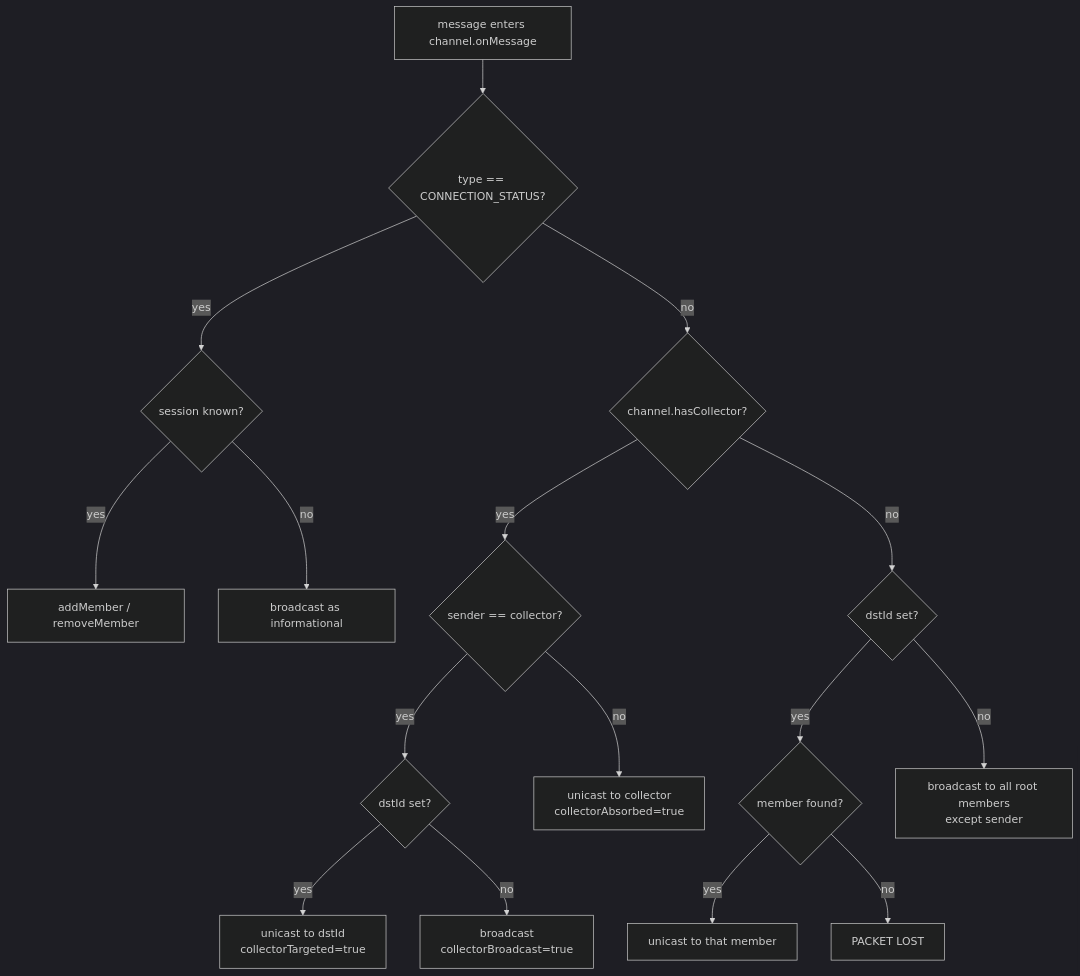
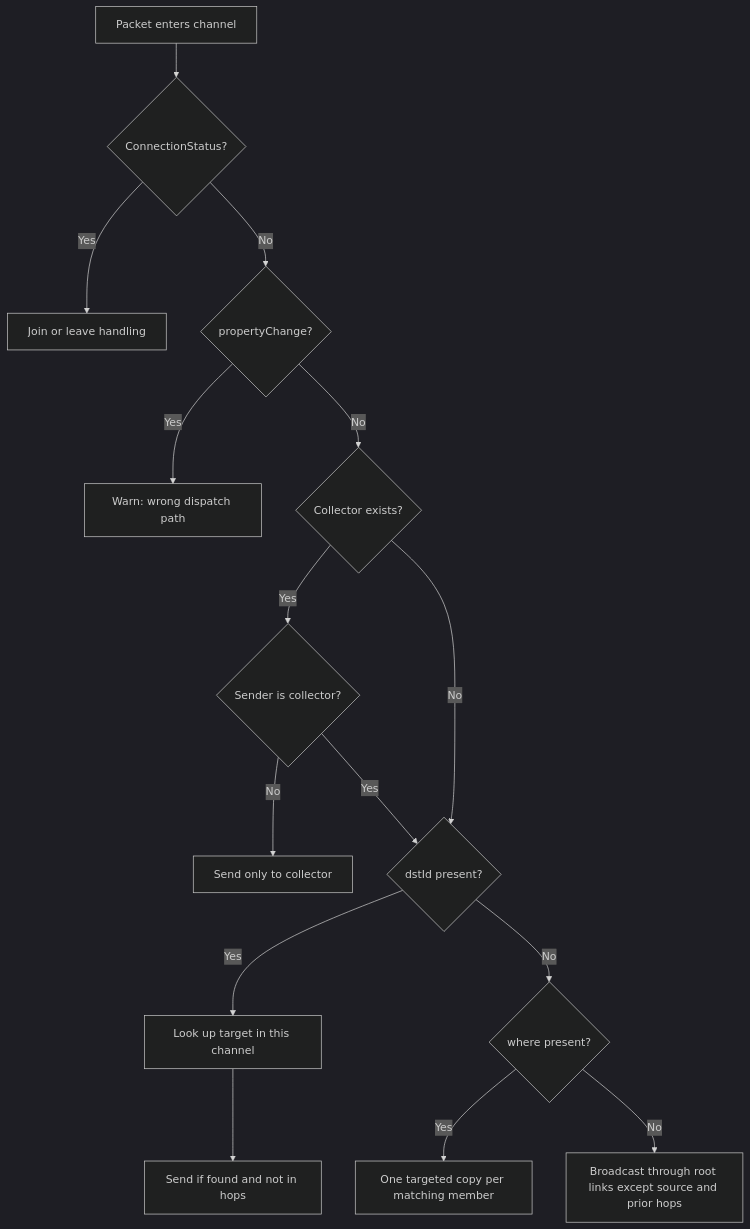
The diagram in routing.MD (xitiomet/routeput), drawn with Mermaid (dark theme) before and after one commit. The commit also changed other lines of this file and 2 other files, not shown here.

````diff
--- a/routing.MD
+++ b/routing.MD
@@ -291,18 +281,17 @@
 ```mermaid
 flowchart TD
-    A[message enters channel.onMessage] --> B{type == CONNECTION_STATUS?}
-    B -- yes --> C{session known?}
-    C -- yes --> C1[addMember / removeMember]
-    C -- no  --> C2[broadcast as informational]
-    B -- no --> D{channel.hasCollector?}
-    D -- yes --> E{sender == collector?}
-    E -- yes --> E1{dstId set?}
-    E1 -- yes --> E2[unicast to dstId<br/>collectorTargeted=true]
-    E1 -- no  --> E3[broadcast<br/>collectorBroadcast=true]
-    E -- no --> E4[unicast to collector<br/>collectorAbsorbed=true]
-    D -- no --> F{dstId set?}
-    F -- yes --> F1{member found?}
-    F1 -- yes --> F2[unicast to that member]
-    F1 -- no  --> F3[PACKET LOST]
-    F -- no --> F4[broadcast to all root members<br/>except sender]
+    A[Packet enters channel] --> B{ConnectionStatus?}
+    B -- Yes --> C[Join or leave handling]
+    B -- No --> P{propertyChange?}
+    P -- Yes --> Q[Warn: wrong dispatch path]
+    P -- No --> D{Collector exists?}
+    D -- Yes --> E{Sender is collector?}
+    E -- No --> F[Send only to collector]
+    E -- Yes --> G{dstId present?}
+    D -- No --> G
+    G -- Yes --> H[Look up target in this channel]
+    H --> I[Send if found and not in hops]
+    G -- No --> J{where present?}
+    J -- Yes --> K[One targeted copy per matching member]
+    J -- No --> L[Broadcast through root links except source and prior hops]
 ```
````
